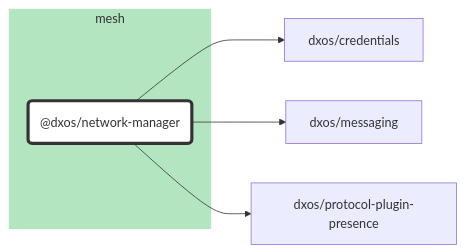
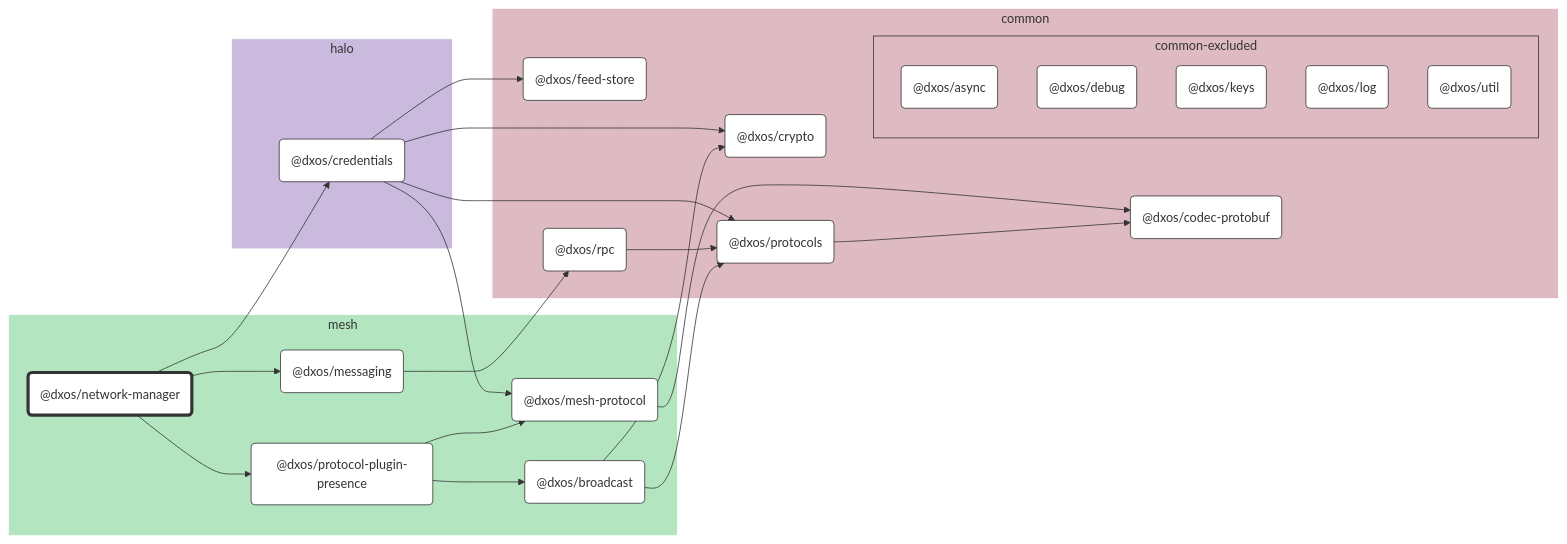
Before and after one commit to dxos/dxos: the diagram in packages/mesh/network-manager/docs/README.md, drawn with Mermaid. The commit also changed 69 other files, not shown here.

````diff
--- a/packages/mesh/network-manager/docs/README.md
+++ b/packages/mesh/network-manager/docs/README.md
@@ -7,23 +7,77 @@
 ```mermaid
 %%{ init: {'flowchart':{'curve':'basis'}} }%%
 
 flowchart LR
 
 %% Classes
 classDef def fill:#fff,stroke:#333,stroke-width:1px
 classDef root fill:#fff,stroke:#333,stroke-width:4px
 
 %% Nodes
 
 subgraph mesh [mesh]
   style mesh fill:#b3e6c0,stroke:#fff
   dxos/network-manager("@dxos/network-manager"):::root
   click dxos/network-manager "dxos/dxos/tree/main/packages/mesh/network-manager/docs"
+  dxos/mesh-protocol("@dxos/mesh-protocol"):::def
+  click dxos/mesh-protocol "dxos/dxos/tree/main/packages/mesh/mesh-protocol/docs"
+  dxos/messaging("@dxos/messaging"):::def
+  click dxos/messaging "dxos/dxos/tree/main/packages/mesh/messaging/docs"
+  dxos/protocol-plugin-presence("@dxos/protocol-plugin-presence"):::def
+  click dxos/protocol-plugin-presence "dxos/dxos/tree/main/packages/mesh/protocol-plugin-presence/docs"
+  dxos/broadcast("@dxos/broadcast"):::def
+  click dxos/broadcast "dxos/dxos/tree/main/packages/mesh/broadcast/docs"
+end
+
+subgraph common [common]
+  style common fill:#debac2,stroke:#fff
+  dxos/codec-protobuf("@dxos/codec-protobuf"):::def
+  click dxos/codec-protobuf "dxos/dxos/tree/main/packages/common/codec-protobuf/docs"
+  dxos/crypto("@dxos/crypto"):::def
+  click dxos/crypto "dxos/dxos/tree/main/packages/common/crypto/docs"
+  dxos/feed-store("@dxos/feed-store"):::def
+  click dxos/feed-store "dxos/dxos/tree/main/packages/common/feed-store/docs"
+  dxos/protocols("@dxos/protocols"):::def
+  click dxos/protocols "dxos/dxos/tree/main/packages/common/protocols/docs"
+  dxos/rpc("@dxos/rpc"):::def
+  click dxos/rpc "dxos/dxos/tree/main/packages/common/rpc/docs"
+
+  subgraph common-excluded [common-excluded]
+    style common-excluded fill:#debac2,stroke:#333,stroke-dashed:5 5
+    dxos/async("@dxos/async"):::def
+    click dxos/async "dxos/dxos/tree/main/packages/common/async/docs"
+    dxos/debug("@dxos/debug"):::def
+    click dxos/debug "dxos/dxos/tree/main/packages/common/debug/docs"
+    dxos/keys("@dxos/keys"):::def
+    click dxos/keys "dxos/dxos/tree/main/packages/common/keys/docs"
+    dxos/log("@dxos/log"):::def
+    click dxos/log "dxos/dxos/tree/main/packages/common/log/docs"
+    dxos/util("@dxos/util"):::def
+    click dxos/util "dxos/dxos/tree/main/packages/common/util/docs"
+  end
+end
+
+subgraph halo [halo]
+  style halo fill:#cabade,stroke:#fff
+  dxos/credentials("@dxos/credentials"):::def
+  click dxos/credentials "dxos/dxos/tree/main/packages/halo/credentials/docs"
 end
 
 %% Links
 linkStyle default stroke:#333,stroke-width:1px
 dxos/network-manager --> dxos/credentials
+dxos/credentials --> dxos/crypto
+dxos/credentials --> dxos/feed-store
+dxos/credentials --> dxos/mesh-protocol
+dxos/mesh-protocol --> dxos/codec-protobuf
+dxos/credentials --> dxos/protocols
+dxos/protocols --> dxos/codec-protobuf
 dxos/network-manager --> dxos/messaging
+dxos/messaging --> dxos/rpc
+dxos/rpc --> dxos/protocols
 dxos/network-manager --> dxos/protocol-plugin-presence
+dxos/protocol-plugin-presence --> dxos/broadcast
+dxos/broadcast --> dxos/crypto
+dxos/broadcast --> dxos/protocols
+dxos/protocol-plugin-presence --> dxos/mesh-protocol
 ```
````
